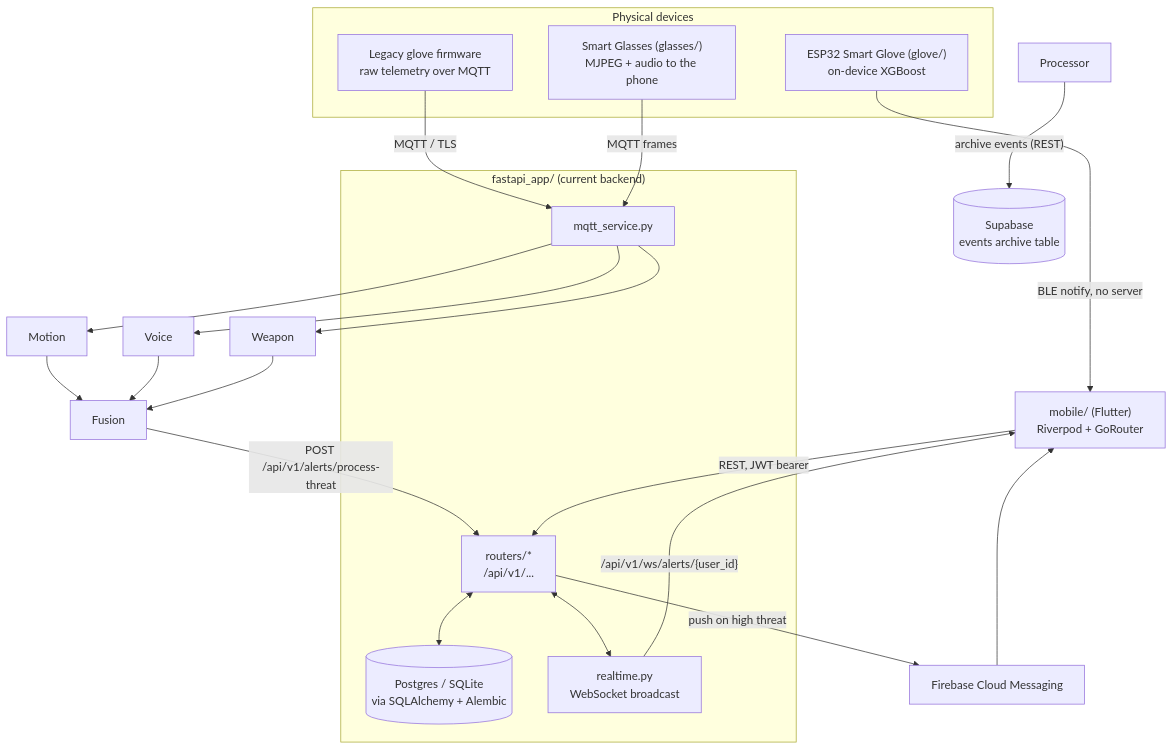
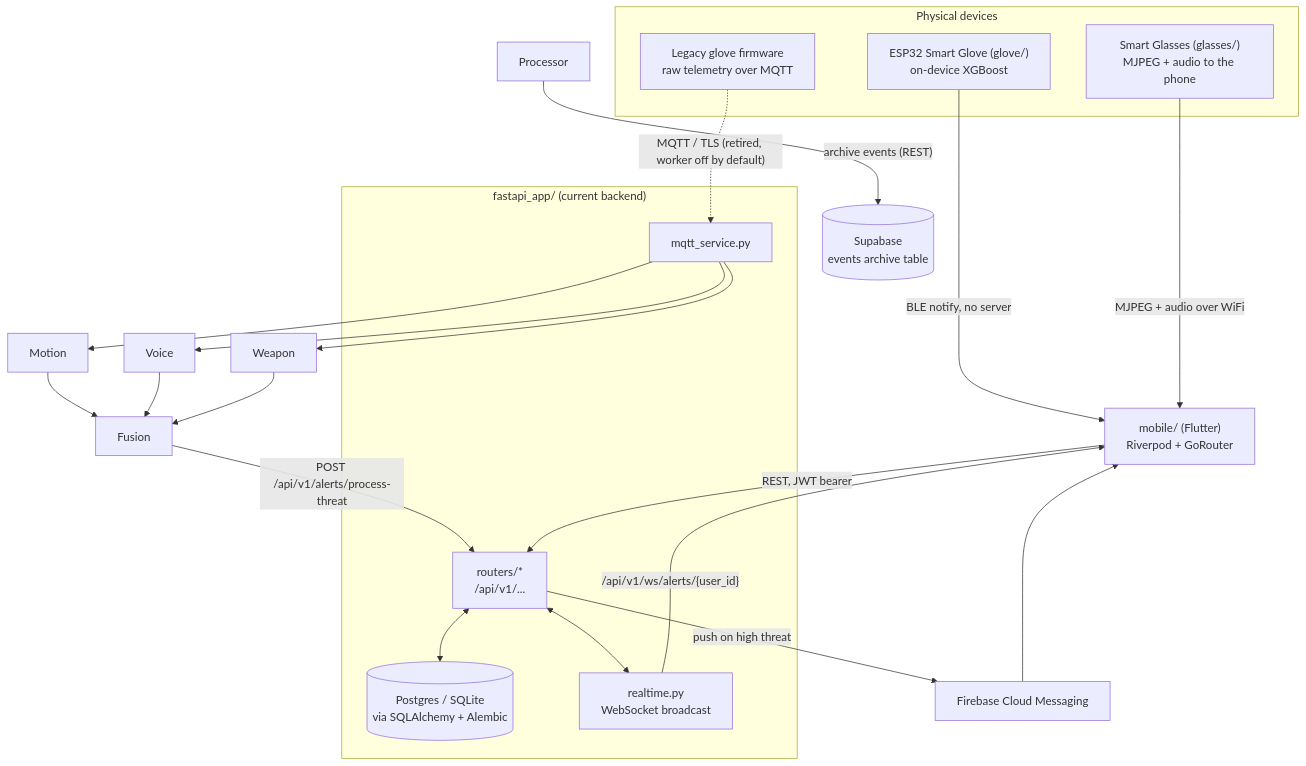
One commit to ShadowInCache/SafeHer changed the first of 5 diagrams in docs/ARCHITECTURE.md. Above: the diagram before and after it, drawn with Mermaid. The commit also changed other lines of this file and 28 other files, not shown here.

````diff
--- a/docs/ARCHITECTURE.md
+++ b/docs/ARCHITECTURE.md
@@ -10,34 +10,34 @@
 ```mermaid
 flowchart TB
     subgraph Devices["Physical devices"]
         Glove["ESP32 Smart Glove (glove/)\non-device XGBoost"]
         GloveOld["Legacy glove firmware\nraw telemetry over MQTT"]
         Glasses["Smart Glasses (glasses/)\nMJPEG + audio to the phone"]
     end
 
     subgraph Backend["fastapi_app/ (current backend)"]
         MQTTIn["mqtt_service.py"]
         Routers["routers/*\n/api/v1/..."]
         DB[("Postgres / SQLite\nvia SQLAlchemy + Alembic")]
         WS["realtime.py\nWebSocket broadcast"]
     end
 
     Supabase[("Supabase\nevents archive table")]
     FCM["Firebase Cloud Messaging"]
 
     Mobile["mobile/ (Flutter)\nRiverpod + GoRouter"]
 
     Glove -- "BLE notify, no server" --> Mobile
-    GloveOld -- "MQTT / TLS" --> MQTTIn
-    Glasses -- "MQTT frames" --> MQTTIn
+    Glasses -- "MJPEG + audio over WiFi" --> Mobile
+    GloveOld -. "MQTT / TLS (retired, worker off by default)" .-> MQTTIn
     MQTTIn --> Motion & Voice & Weapon
     Motion & Voice & Weapon --> Fusion
     Fusion -- "POST /api/v1/alerts/process-threat" --> Routers
     Routers <--> DB
     Processor -- "archive events (REST)" --> Supabase
     Routers -- "push on high threat" --> FCM
     Routers <--> WS
     WS -- "/api/v1/ws/alerts/{user_id}" --> Mobile
     Mobile -- "REST, JWT bearer" --> Routers
     FCM --> Mobile
 ```
````
